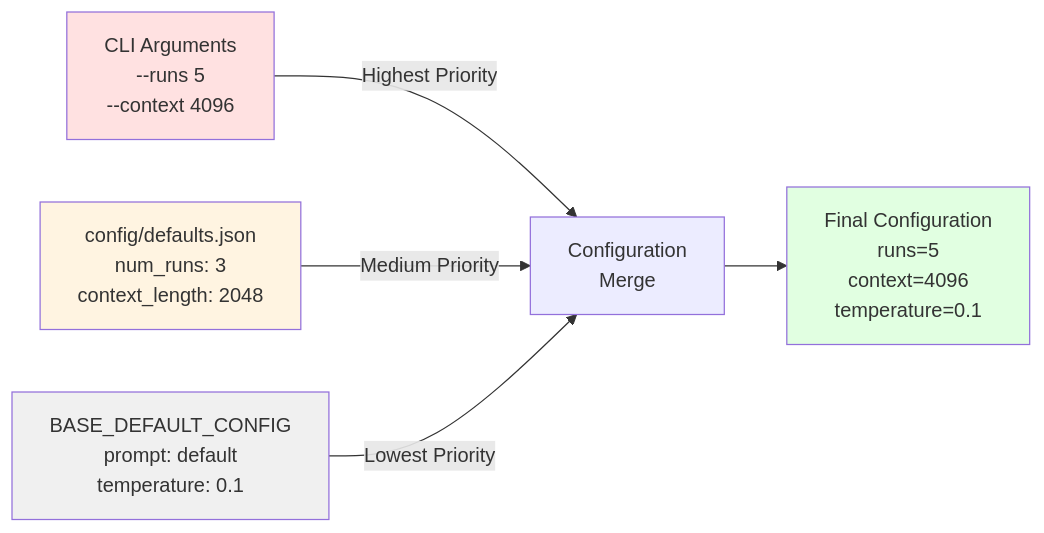
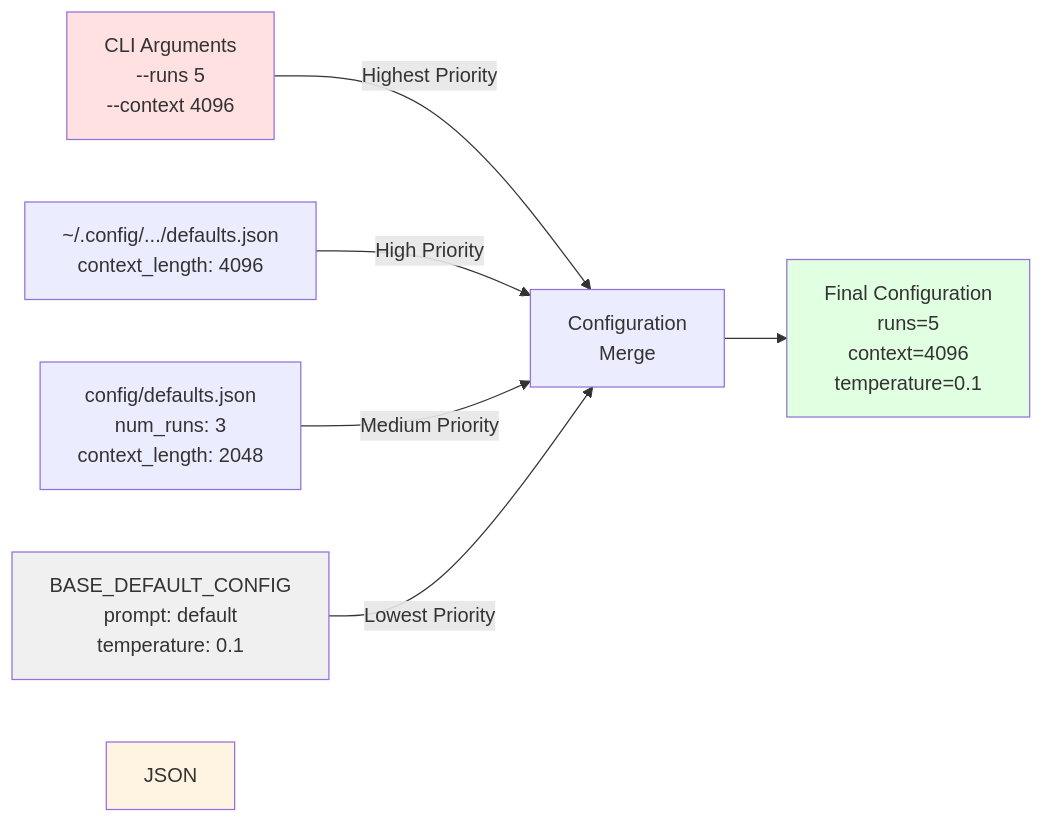
The seventh of 10 diagrams in docs/ARCHITECTURE.md (Ajimaru/LM-Studio-Bench), drawn with Mermaid before and after one commit. The commit also changed other lines of this file and 7 other files, not shown here.

````diff
--- a/docs/ARCHITECTURE.md
+++ b/docs/ARCHITECTURE.md
@@ -337,15 +343,16 @@
 ```mermaid
 flowchart LR
     CLI[CLI Arguments<br/>--runs 5<br/>--context 4096] -->|Highest Priority| Merge[Configuration<br/>Merge]
 
-    JSON[config/defaults.json<br/>num_runs: 3<br/>context_length: 2048] -->|Medium Priority| Merge
+    UserCfg[~/.config/.../defaults.json<br/>context_length: 4096] -->|High Priority| Merge
+    ProjCfg[config/defaults.json<br/>num_runs: 3<br/>context_length: 2048] -->|Medium Priority| Merge
     
     Base[BASE_DEFAULT_CONFIG<br/>prompt: default<br/>temperature: 0.1] -->|Lowest Priority| Merge
     
     Merge --> Final[Final Configuration<br/>runs=5<br/>context=4096<br/>temperature=0.1]
     
     style CLI fill:#ffe1e1
     style JSON fill:#fff4e1
     style Base fill:#f0f0f0
     style Final fill:#e1ffe1
 ```
````
